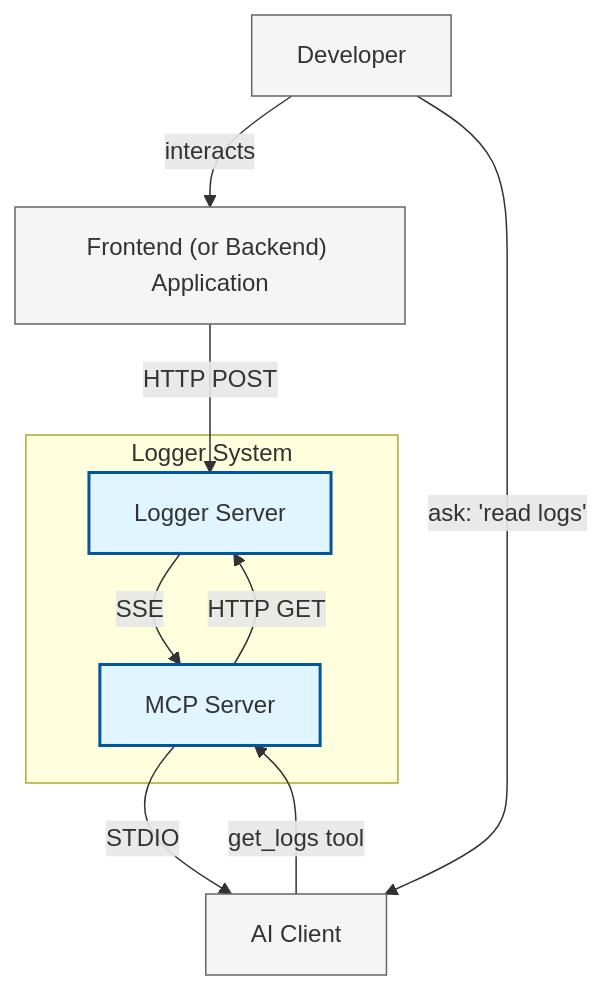
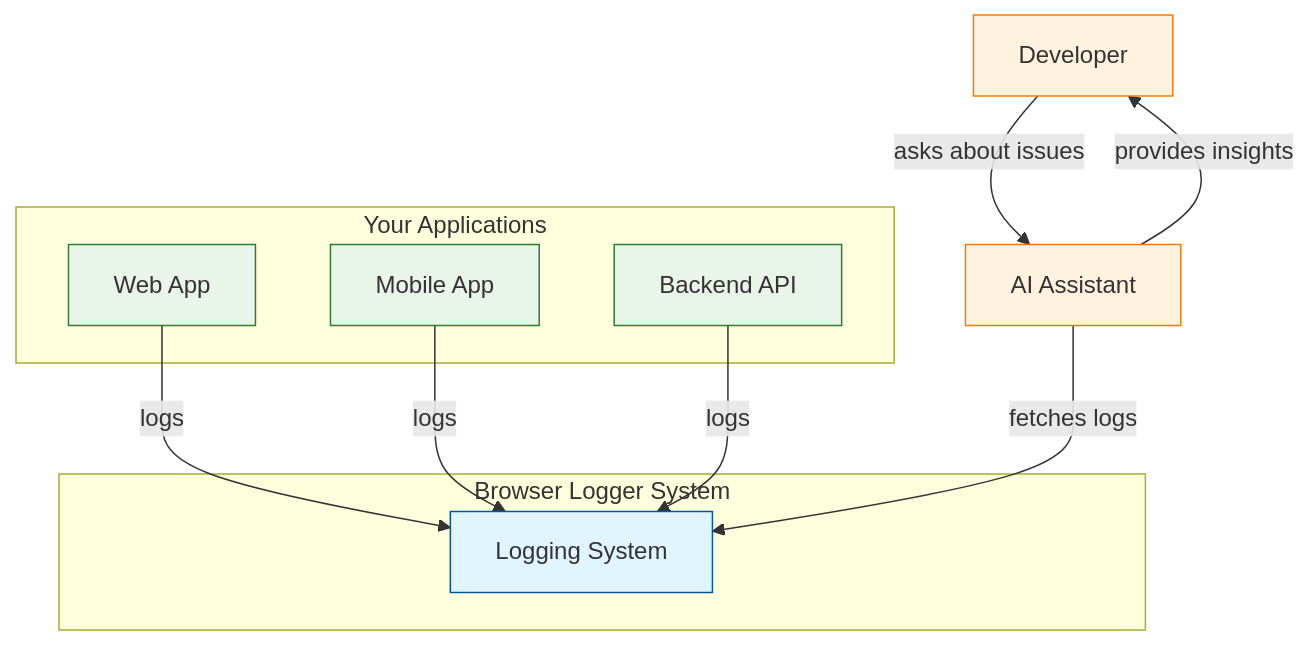
Before and after one commit to andkirby/mcp-logger: the diagram in README.md, drawn with Mermaid. The commit also changed other lines of this file, not shown here.

Commit message:
Updated readme context diagram

````diff
--- a/README.md
+++ b/README.md
@@ -17,26 +17,33 @@
 ```mermaid
 graph TB
-    subgraph "Logger System"
-        LS["Logger Server"]
-        MS["MCP Server"]
+    subgraph "Your Applications"
+        app1["Web App"]
+        app2["Mobile App"]
+        app3["Backend API"]
     end
 
-    user["Developer"]
-    frontend["Frontend (or Backend) Application"]
-    claude["AI Client"]
+    subgraph "Browser Logger System"
+        logger["Logging System"]
+    end
 
-    user --> |"interacts"| frontend
-    frontend -->|"HTTP POST"| LS
-    LS -->|"SSE"| MS
-    MS -->|"STDIO"| claude
+    dev["Developer"]
+    ai["AI Assistant"]
 
-    user -->|"ask: 'read logs'"| claude
-    claude -->|"get_logs tool"| MS
-    MS -->|"HTTP GET"| LS
+    %% Your apps send logs to the system
+    app1 -->|"logs"| logger
+    app2 -->|"logs"| logger
+    app3 -->|"logs"| logger
 
-    classDef system fill:#e1f5fe,stroke:#01579b,stroke-width:2px
-    classDef external fill:#f5f5f5,stroke:#666,stroke-width:1px
+    %% You interact with AI to get insights
+    dev -->|"asks about issues"| ai
+    ai -->|"fetches logs"| logger
+    ai -->|"provides insights"| dev
 
-    class LS,MS system
-    class user,frontend,claude external
+    classDef yourApp fill:#e8f5e8,stroke:#2e7d32
+    classDef logger fill:#e1f5fe,stroke:#01579b
+    classDef person fill:#fff3e0,stroke:#f57c00
+
+    class app1,app2,app3 yourApp
+    class logger logger
+    class dev,ai person
 ```
````
